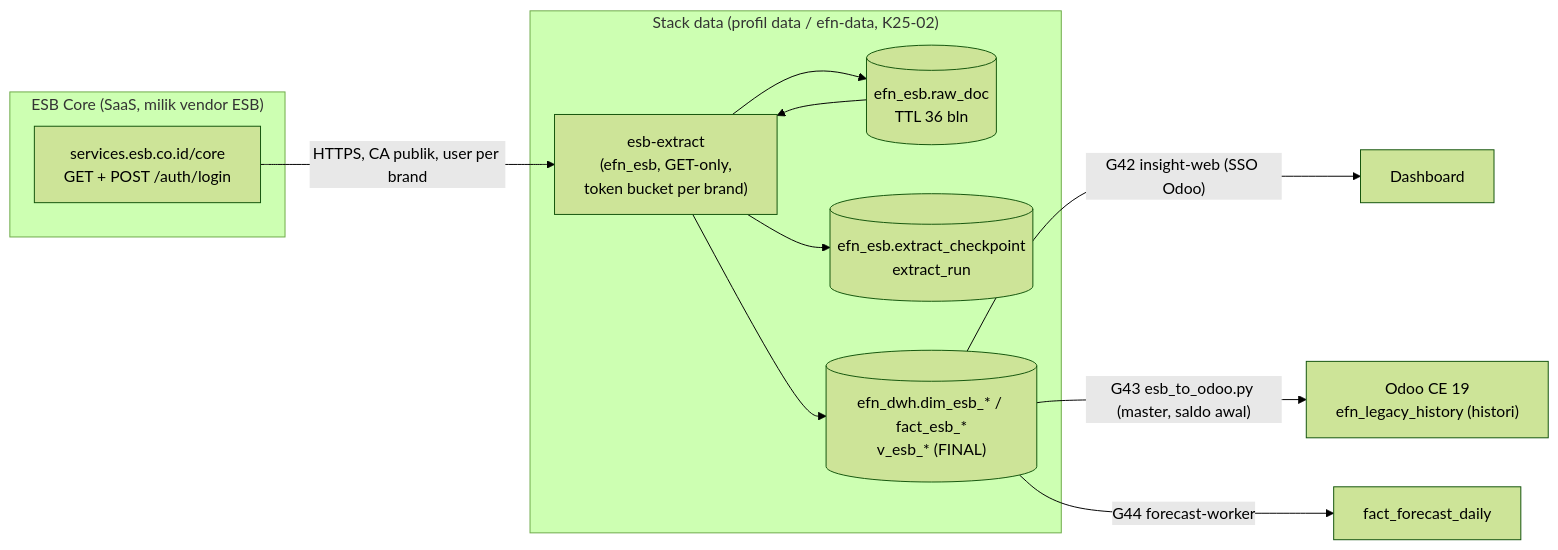
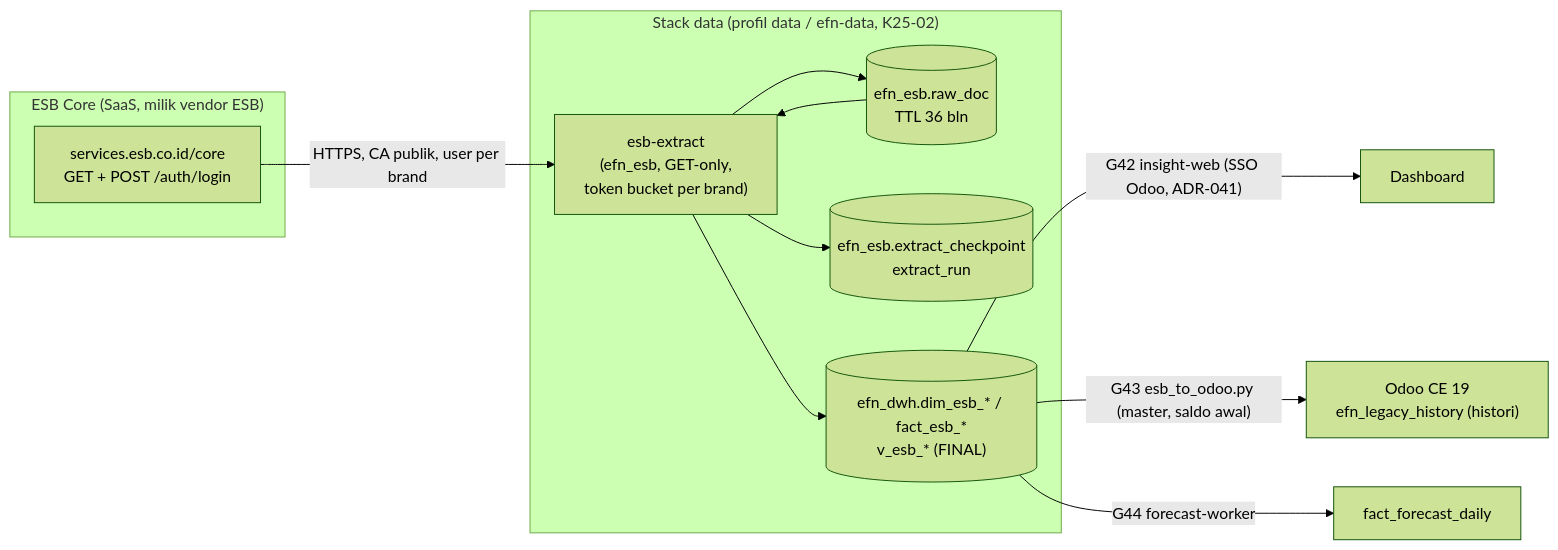
One commit to BIma-Creative-Tech/efn-platform changed the diagram in docs/decisions/ADR-040-integrasi-esb-core-datamart.md. Above: the diagram before and after it, drawn with Mermaid (forest theme). The commit also changed other lines of this file and 157 other files, not shown here.

First line of the commit message:
G42: EFN Insight dashboard (Next.js) + Odoo SSO + per-company ClickHouse scope (ADR-041)

````diff
--- a/docs/decisions/ADR-040-integrasi-esb-core-datamart.md
+++ b/docs/decisions/ADR-040-integrasi-esb-core-datamart.md
@@ -88,19 +88,19 @@
 ```mermaid
 flowchart LR
   subgraph ESB["ESB Core (SaaS, milik vendor ESB)"]
     API["services.esb.co.id/core<br/>GET + POST /auth/login"]
   end
   subgraph DATA["Stack data (profil data / efn-data, K25-02)"]
     X["esb-extract<br/>(efn_esb, GET-only,<br/>token bucket per brand)"]
     RAW[("efn_esb.raw_doc<br/>TTL 36 bln")]
     CP[("efn_esb.extract_checkpoint<br/>extract_run")]
     MART[("efn_dwh.dim_esb_* / fact_esb_*<br/>v_esb_* (FINAL)")]
   end
   API -- "HTTPS, CA publik, user per brand" --> X
   X --> RAW --> X
   X --> MART
   X --> CP
-  MART -- "G42 insight-web (SSO Odoo)" --> W["Dashboard"]
+  MART -- "G42 insight-web (SSO Odoo, ADR-041)" --> W["Dashboard"]
   MART -- "G43 esb_to_odoo.py (master, saldo awal)" --> O["Odoo CE 19<br/>efn_legacy_history (histori)"]
   MART -- "G44 forecast-worker" --> F["fact_forecast_daily"]
 ```
````
